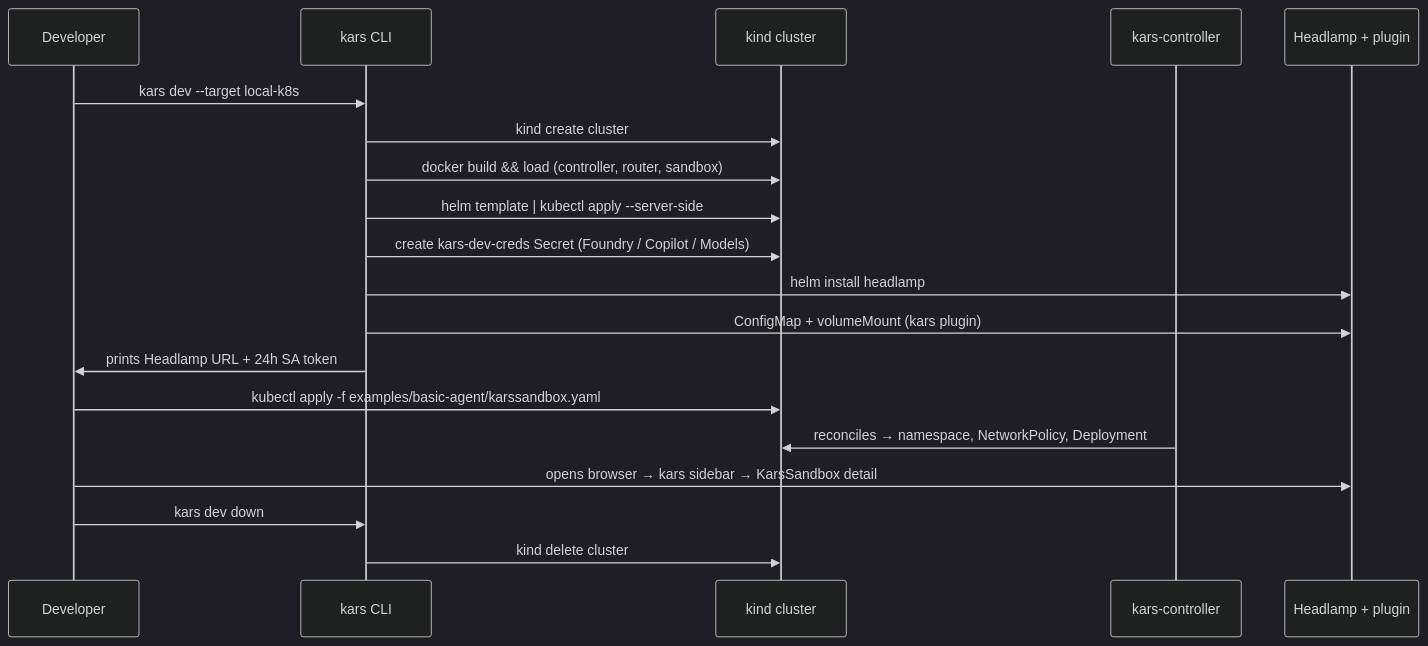
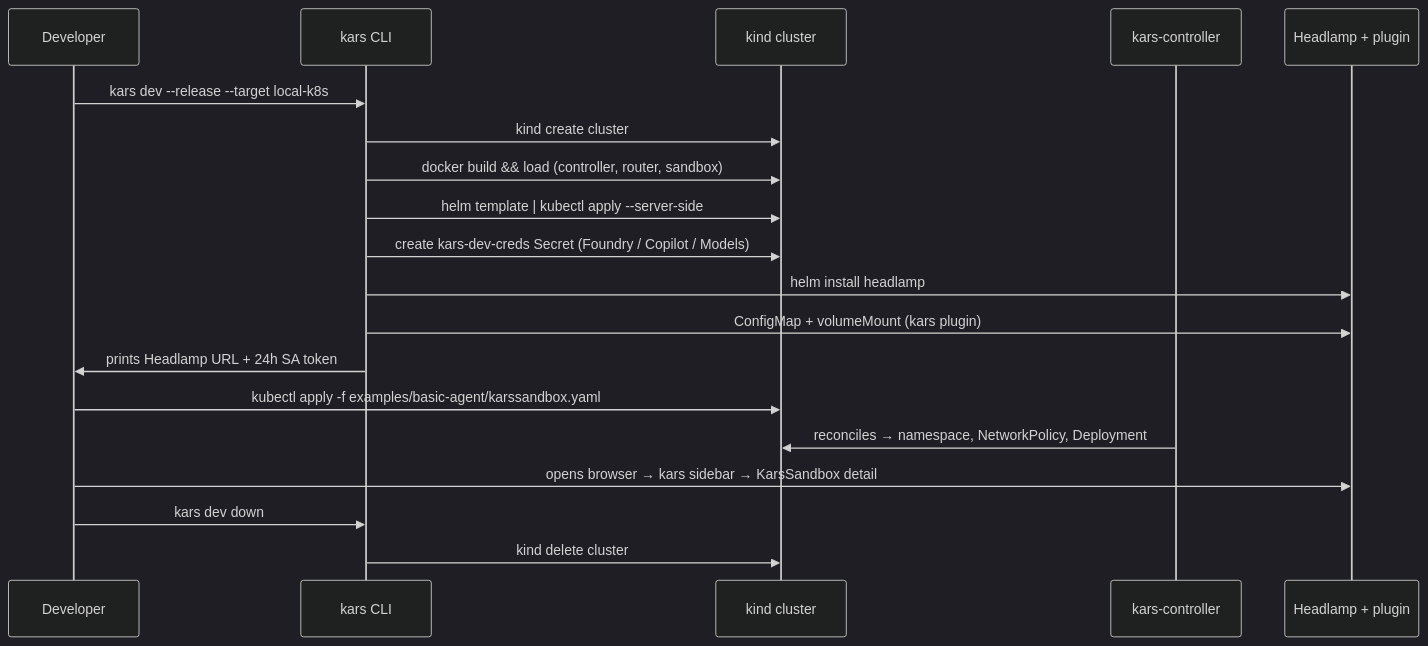
Before and after one commit to Azure/kars: the second of 2 diagrams in docs/blueprints/02-local-k8s-dev-loop.md, drawn with Mermaid (dark theme). The commit also changed other lines of this file and 47 other files, not shown here.

````diff
--- a/docs/blueprints/02-local-k8s-dev-loop.md
+++ b/docs/blueprints/02-local-k8s-dev-loop.md
@@ -57,21 +59,21 @@
 ```mermaid
 sequenceDiagram
   participant Dev as Developer
   participant CLI as kars CLI
   participant Kind as kind cluster
   participant Ctrl as kars-controller
   participant HL as Headlamp + plugin
-  Dev->>CLI: kars dev --target local-k8s
+  Dev->>CLI: kars dev --release --target local-k8s
   CLI->>Kind: kind create cluster
   CLI->>Kind: docker build && load (controller, router, sandbox)
   CLI->>Kind: helm template | kubectl apply --server-side
   CLI->>Kind: create kars-dev-creds Secret (Foundry / Copilot / Models)
   CLI->>HL: helm install headlamp
   CLI->>HL: ConfigMap + volumeMount (kars plugin)
   CLI->>Dev: prints Headlamp URL + 24h SA token
   Dev->>Kind: kubectl apply -f examples/basic-agent/karssandbox.yaml
   Ctrl->>Kind: reconciles → namespace, NetworkPolicy, Deployment
   Dev->>HL: opens browser → kars sidebar → KarsSandbox detail
   Dev->>CLI: kars dev down
   CLI->>Kind: kind delete cluster
 ```
````
